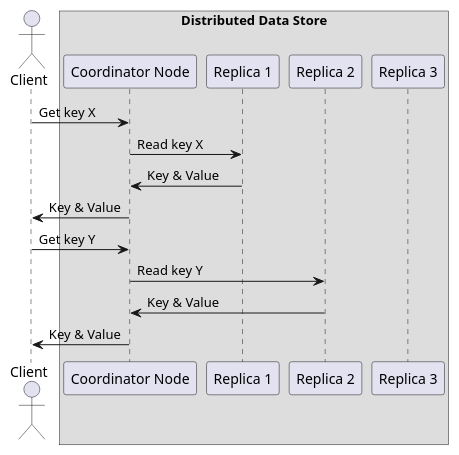
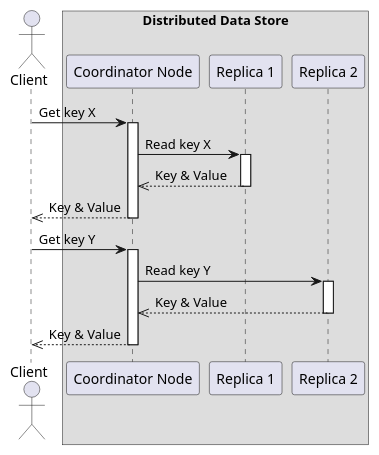
One commit to EliriaT/distributed-store changed the diagram in diagrams/sequence2.puml. Above: the diagram before and after it, drawn with PlantUML. The commit also changed 17 other files, not shown here.

Commit message:
Update diagrams..

```diff
--- a/diagrams/sequence2.puml
+++ b/diagrams/sequence2.puml
@@ -1,23 +1,28 @@
 @startuml
 
 actor Client as C
 box "Distributed Data Store"
 participant "Coordinator Node" as CN
 participant "Replica 1" as N1
 participant "Replica 2" as N2
-participant "Replica 3" as N3
 end box
 
 
 C -> CN : Get key X
+activate CN
 CN -> N1 : Read key X
-N1 -> CN : Key & Value
-CN -> C : Key & Value
-
+activate N1
+N1 -->> CN : Key & Value
+deactivate N1
+CN -->> C : Key & Value
+deactivate CN
 
 C -> CN : Get key Y
+activate CN
 CN -> N2 : Read key Y
-N2 -> CN : Key & Value
-CN -> C : Key & Value
-
+activate N2
+N2 -->> CN : Key & Value
+deactivate N2
+CN -->> C : Key & Value
+deactivate CN
 @enduml
```
